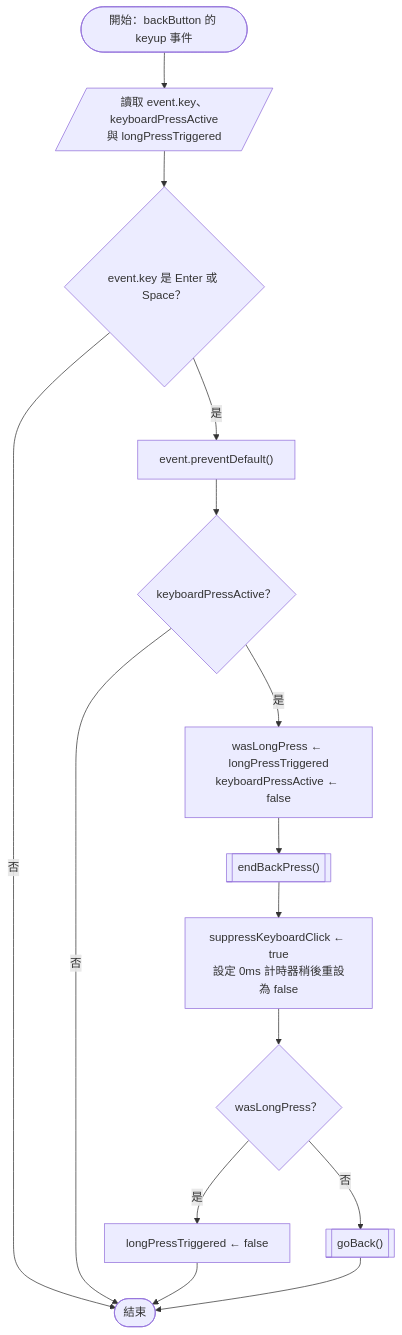
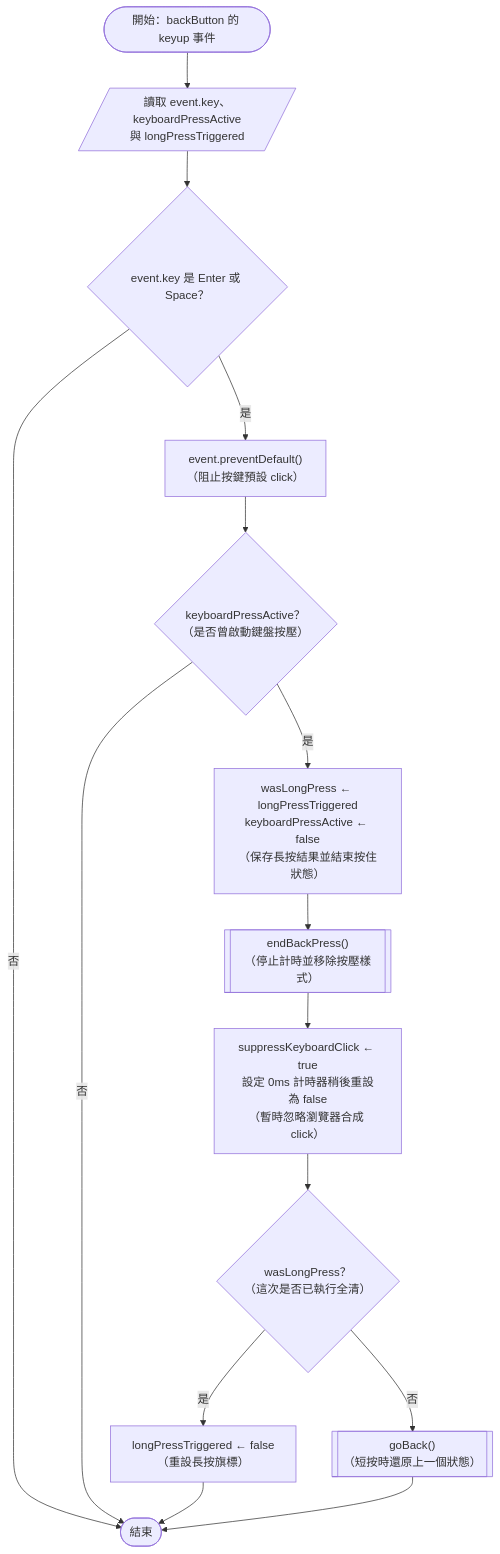
The eighth of 29 diagrams in README.md (Chuen666666/hw3), drawn with Mermaid before and after one commit. The commit also changed other lines of this file and 1 other file, not shown here.

Commit message:
補充流程圖程式碼中文說明

````diff
--- a/README.md
+++ b/README.md
@@ -94,17 +94,17 @@
 ```mermaid
 flowchart TD
     START(["開始：backButton 的 keyup 事件"]) --> READ[/"讀取 event.key、keyboardPressActive<br/>與 longPressTriggered"/]
     READ --> SUPPORTED{"event.key 是 Enter 或 Space？"}
     SUPPORTED -- "否" --> END(["結束"])
-    SUPPORTED -- "是" --> PREVENT["event.preventDefault()"]
-    PREVENT --> ACTIVE{"keyboardPressActive？"}
+    SUPPORTED -- "是" --> PREVENT["event.preventDefault()<br/>（阻止按鍵預設 click）"]
+    PREVENT --> ACTIVE{"keyboardPressActive？<br/>（是否曾啟動鍵盤按壓）"}
     ACTIVE -- "否" --> END
-    ACTIVE -- "是" --> SAVE["wasLongPress ← longPressTriggered<br/>keyboardPressActive ← false"]
-    SAVE --> RELEASE[["endBackPress()"]]
-    RELEASE --> SUPPRESS["suppressKeyboardClick ← true<br/>設定 0ms 計時器稍後重設為 false"]
-    SUPPRESS --> LONG{"wasLongPress？"}
-    LONG -- "是" --> RESET["longPressTriggered ← false"]
+    ACTIVE -- "是" --> SAVE["wasLongPress ← longPressTriggered<br/>keyboardPressActive ← false<br/>（保存長按結果並結束按住狀態）"]
+    SAVE --> RELEASE[["endBackPress()<br/>（停止計時並移除按壓樣式）"]]
+    RELEASE --> SUPPRESS["suppressKeyboardClick ← true<br/>設定 0ms 計時器稍後重設為 false<br/>（暫時忽略瀏覽器合成 click）"]
+    SUPPRESS --> LONG{"wasLongPress？<br/>（這次是否已執行全清）"}
+    LONG -- "是" --> RESET["longPressTriggered ← false<br/>（重設長按旗標）"]
     RESET --> END
-    LONG -- "否" --> BACK[["goBack()"]]
+    LONG -- "否" --> BACK[["goBack()<br/>（短按時還原上一個狀態）"]]
     BACK --> END
 ```
````
